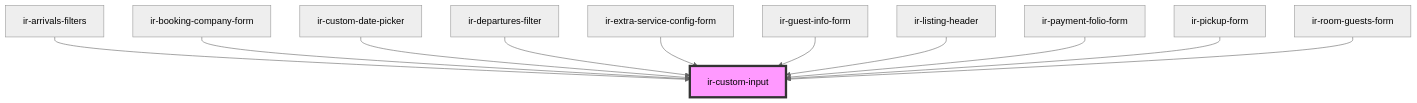
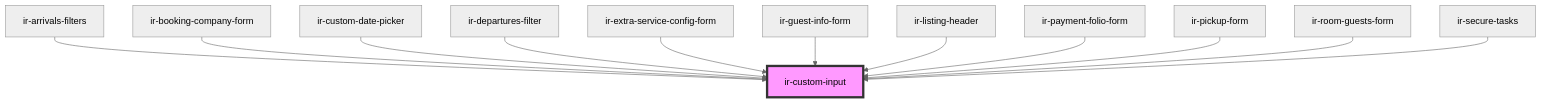
Before and after one commit to David1Chowaifaty/modified-ir-webcmp: the diagram in src/components/ui/ir-custom-input/readme.md, drawn with Mermaid (neutral theme). The commit also changed other lines of this file and 4 other files, not shown here.

First line of the commit message:
Refactor IrSecureTasks component structure and update dependencies

````diff
--- a/src/components/ui/ir-custom-input/readme.md
+++ b/src/components/ui/ir-custom-input/readme.md
@@ -72,14 +73,15 @@
 ```mermaid
 graph TD;
   ir-arrivals-filters --> ir-custom-input
   ir-booking-company-form --> ir-custom-input
   ir-custom-date-picker --> ir-custom-input
   ir-departures-filter --> ir-custom-input
   ir-extra-service-config-form --> ir-custom-input
   ir-guest-info-form --> ir-custom-input
   ir-listing-header --> ir-custom-input
   ir-payment-folio-form --> ir-custom-input
   ir-pickup-form --> ir-custom-input
   ir-room-guests-form --> ir-custom-input
+  ir-secure-tasks --> ir-custom-input
   style ir-custom-input fill:#f9f,stroke:#333,stroke-width:4px
 ```
````
